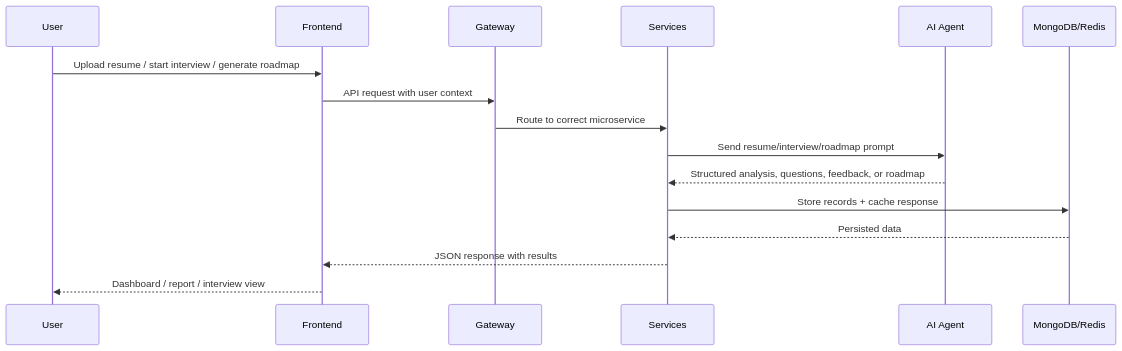
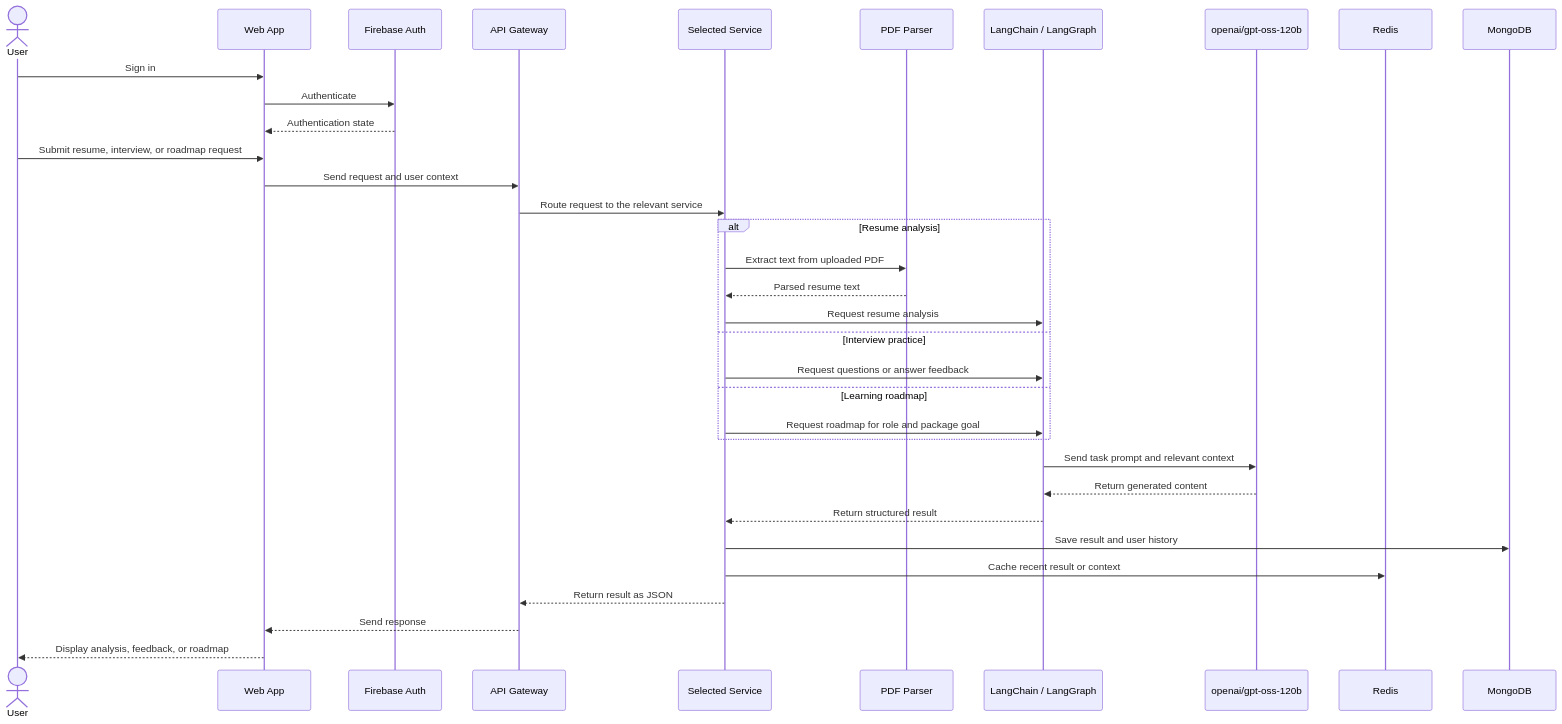
One commit to Tushar-Sharma-hub/CareerCoach changed the second of 2 diagrams in README.md. Above: the diagram before and after it, drawn with Mermaid. The commit also changed other lines of this file, not shown here.

````diff
--- a/README.md
+++ b/README.md
@@ -202,19 +202,39 @@
 ```mermaid
 sequenceDiagram
-    participant U as User
-    participant F as Frontend
-    participant G as Gateway
-    participant S as Services
-    participant A as AI Agent
-    participant DB as MongoDB/Redis
+    actor User
+    participant UI as Web App
+    participant Auth as Firebase Auth
+    participant API as API Gateway
+    participant Service as Selected Service
+    participant Parser as PDF Parser
+    participant Workflow as LangChain / LangGraph
+    participant LLM as openai/gpt-oss-120b
+    participant Redis
+    participant Mongo as MongoDB
 
-    U->>F: Upload resume / start interview / generate roadmap
-    F->>G: API request with user context
-    G->>S: Route to correct microservice
-    S->>A: Send resume/interview/roadmap prompt
-    A-->>S: Structured analysis, questions, feedback, or roadmap
-    S->>DB: Store records + cache response
-    DB-->>S: Persisted data
-    S-->>F: JSON response with results
-    F-->>U: Dashboard / report / interview view
+    User->>UI: Sign in
+    UI->>Auth: Authenticate
+    Auth-->>UI: Authentication state
+    User->>UI: Submit resume, interview, or roadmap request
+    UI->>API: Send request and user context
+    API->>Service: Route request to the relevant service
+
+    alt Resume analysis
+        Service->>Parser: Extract text from uploaded PDF
+        Parser-->>Service: Parsed resume text
+        Service->>Workflow: Request resume analysis
+    else Interview practice
+        Service->>Workflow: Request questions or answer feedback
+    else Learning roadmap
+        Service->>Workflow: Request roadmap for role and package goal
+    end
+
+    Workflow->>LLM: Send task prompt and relevant context
+    LLM-->>Workflow: Return generated content
+    Workflow-->>Service: Return structured result
+    Service->>Mongo: Save result and user history
+    Service->>Redis: Cache recent result or context
+    Service-->>API: Return result as JSON
+    API-->>UI: Send response
+    UI-->>User: Display analysis, feedback, or roadmap
 ```
````
